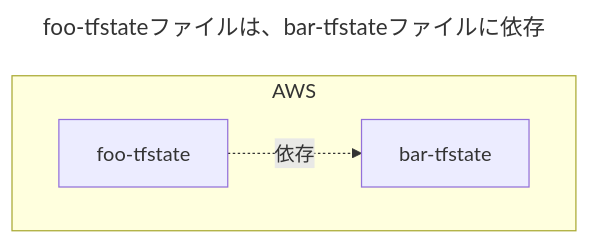
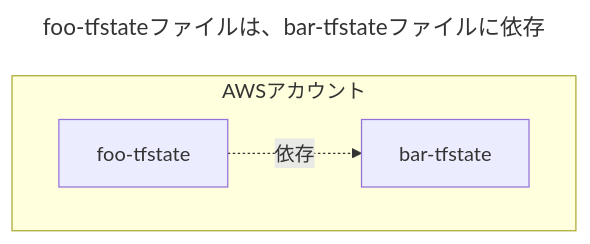
The fourth of 14 diagrams in dist/entry/2023/07/05/001756.md (hiroki-it/hatenablog), drawn with Mermaid before and after one commit. The commit also changed other lines of this file, not shown here.

````diff
--- a/dist/entry/2023/07/05/001756.md
+++ b/dist/entry/2023/07/05/001756.md
@@ -213,12 +233,12 @@
 ```mermaid
 ---
 title: foo-tfstateファイルは、bar-tfstateファイルに依存
 ---
 %%{init:{'theme':'default'}}%%
 flowchart TD
-    subgraph AWS
+    subgraph AWSアカウント
         foo["foo-tfstate"]
         bar["bar-tfstate"]
     end
     foo -. 依存 .-> bar
 ```
````
